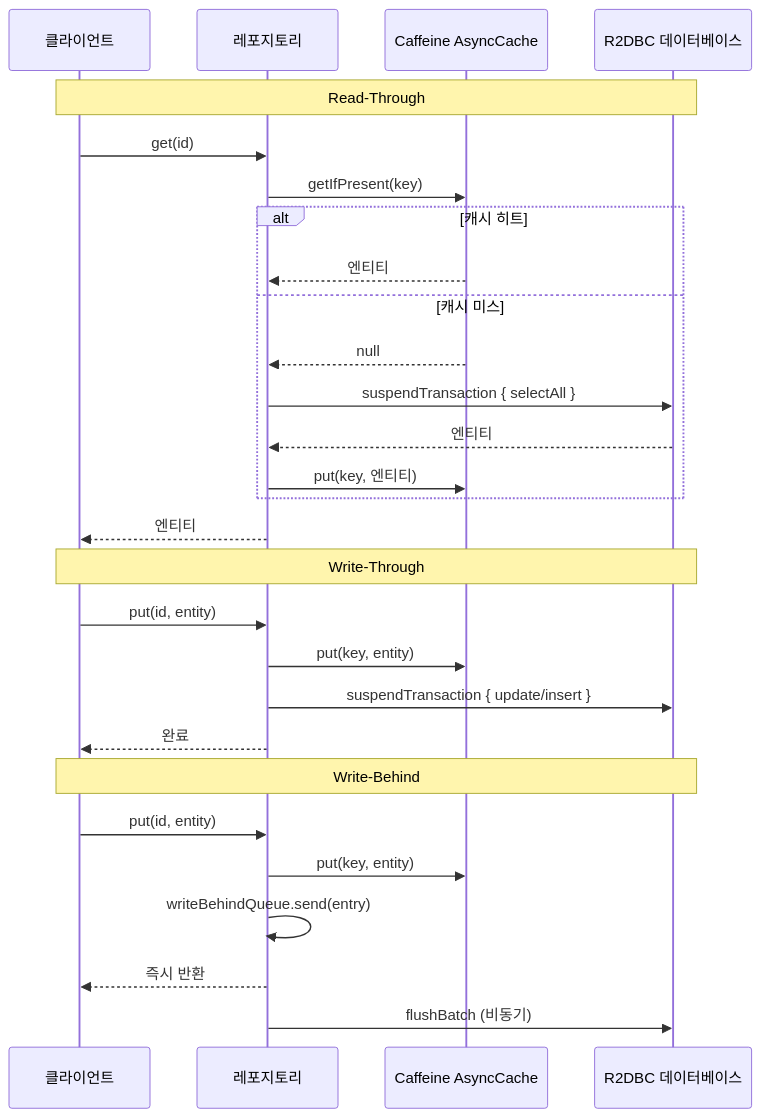
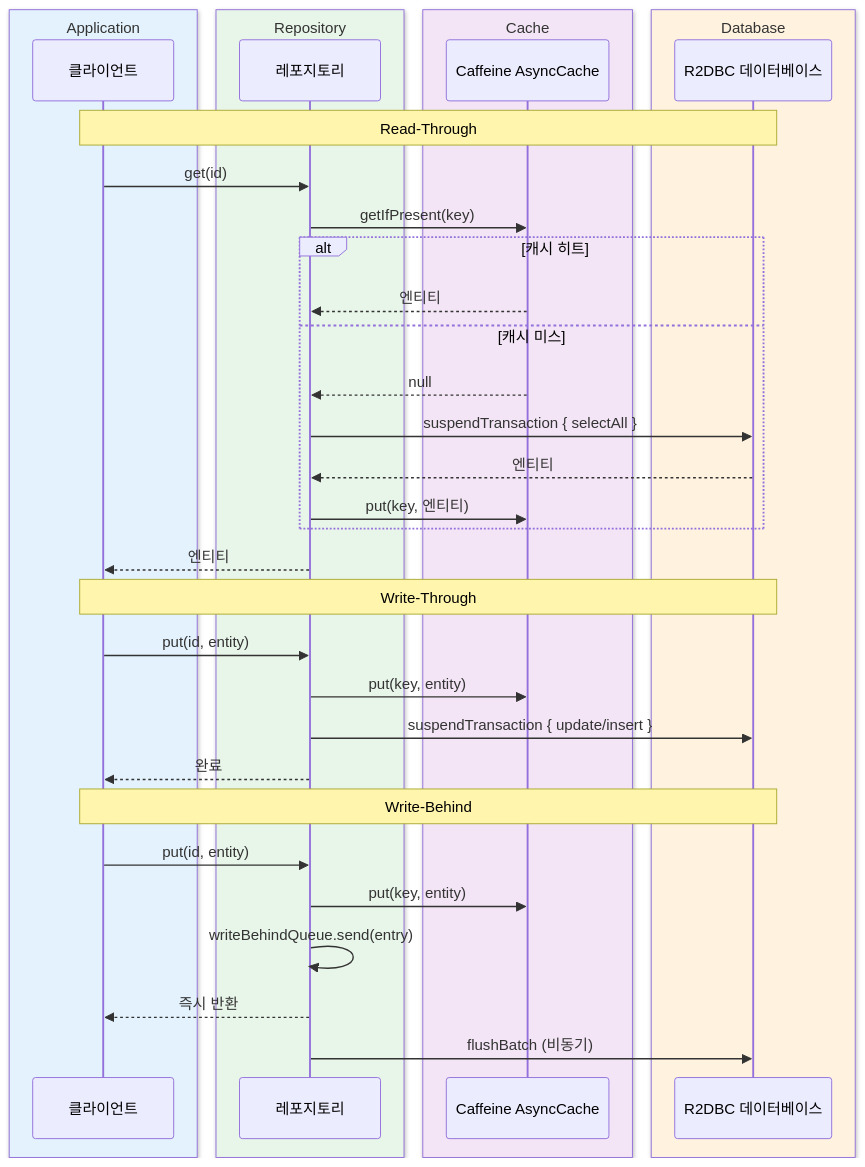
The second of 2 diagrams in data/exposed-r2dbc-caffeine/README.ko.md (bluetape4k/bluetape4k-projects), drawn with Mermaid before and after one commit. The commit also changed other lines of this file and 221 other files, not shown here.

First line of the commit message:
docs: 전체 모듈 README UML 다이어그램 보강 및 색상 업그레이드

````diff
--- a/data/exposed-r2dbc-caffeine/README.ko.md
+++ b/data/exposed-r2dbc-caffeine/README.ko.md
@@ -47,33 +51,41 @@
 ```mermaid
 sequenceDiagram
-    participant Client as 클라이언트
-    participant Repository as 레포지토리
-    participant Caffeine as Caffeine AsyncCache
-    participant DB as R2DBC 데이터베이스
+    box rgb(227, 242, 253) Application
+        participant Client as 클라이언트
+    end
+    box rgb(232, 245, 233) Repository
+        participant Repository as 레포지토리
+    end
+    box rgb(243, 229, 245) Cache
+        participant Caffeine as Caffeine AsyncCache
+    end
+    box rgb(255, 243, 224) Database
+        participant DB as R2DBC 데이터베이스
+    end
 
     Note over Client,DB: Read-Through
     Client->>Repository: get(id)
     Repository->>Caffeine: getIfPresent(key)
     alt 캐시 히트
         Caffeine-->>Repository: 엔티티
     else 캐시 미스
         Caffeine-->>Repository: null
         Repository->>DB: suspendTransaction { selectAll }
         DB-->>Repository: 엔티티
         Repository->>Caffeine: put(key, 엔티티)
     end
     Repository-->>Client: 엔티티
 
     Note over Client,DB: Write-Through
     Client->>Repository: put(id, entity)
     Repository->>Caffeine: put(key, entity)
     Repository->>DB: suspendTransaction { update/insert }
     Repository-->>Client: 완료
 
     Note over Client,DB: Write-Behind
     Client->>Repository: put(id, entity)
     Repository->>Caffeine: put(key, entity)
     Repository->>Repository: writeBehindQueue.send(entry)
     Repository-->>Client: 즉시 반환
     Repository->>DB: flushBatch (비동기)
 ```
````
